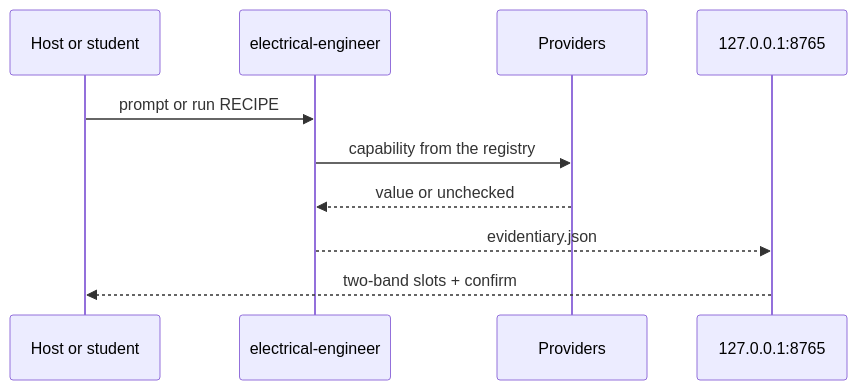
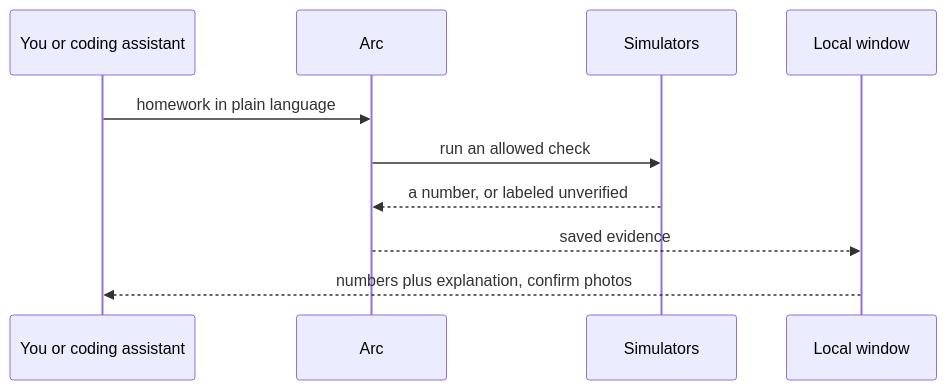
One commit to Vinayak-RZ/ARC changed the diagram in README.md. Above: the diagram before and after it, drawn with Mermaid. The commit also changed other lines of this file and 9 other files, not shown here.

First line of the commit message:
docs: explain unverified numbers, determinism, and MATLAB mediation

````diff
--- a/README.md
+++ b/README.md
@@ -101,12 +101,12 @@
 ```mermaid
 sequenceDiagram
-  participant H as Host or student
-  participant K as electrical-engineer
-  participant P as Providers
-  participant UI as 127.0.0.1:8765
-  H->>K: prompt or run RECIPE
-  K->>P: capability from the registry
-  P-->>K: value or unchecked
-  K-->>UI: evidentiary.json
-  UI-->>H: two-band slots + confirm
+  participant H as You or coding assistant
+  participant K as Arc
+  participant P as Simulators
+  participant UI as Local window
+  H->>K: homework in plain language
+  K->>P: run an allowed check
+  P-->>K: a number, or labeled unverified
+  K-->>UI: saved evidence
+  UI-->>H: numbers plus explanation, confirm photos
 ```
````
